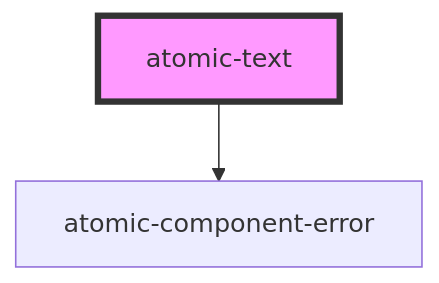
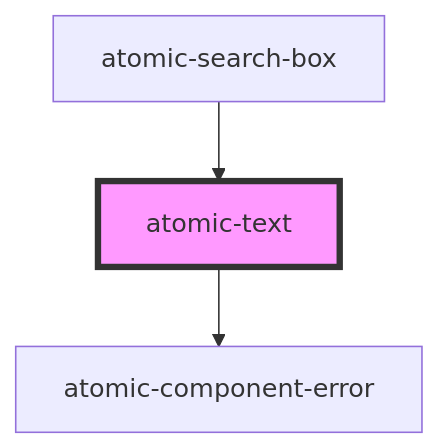
Before and after one commit to coveo/ui-kit: the diagram in packages/atomic/src/components/atomic-text/readme.md, drawn with Mermaid. The commit also changed other lines of this file and 26 other files, not shown here.

````diff
--- a/packages/atomic/src/components/atomic-text/readme.md
+++ b/packages/atomic/src/components/atomic-text/readme.md
@@ -24,5 +27,6 @@
 ```mermaid
 graph TD;
   atomic-text --> atomic-component-error
+  atomic-search-box --> atomic-text
   style atomic-text fill:#f9f,stroke:#333,stroke-width:4px
 ```
````
